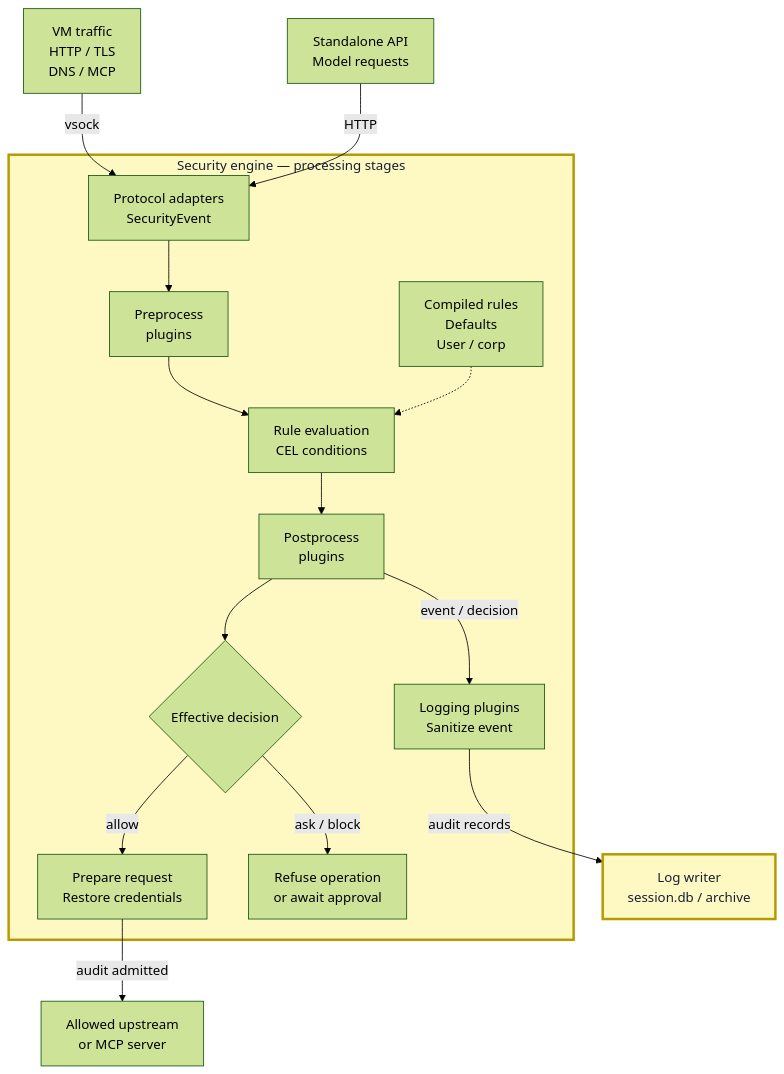
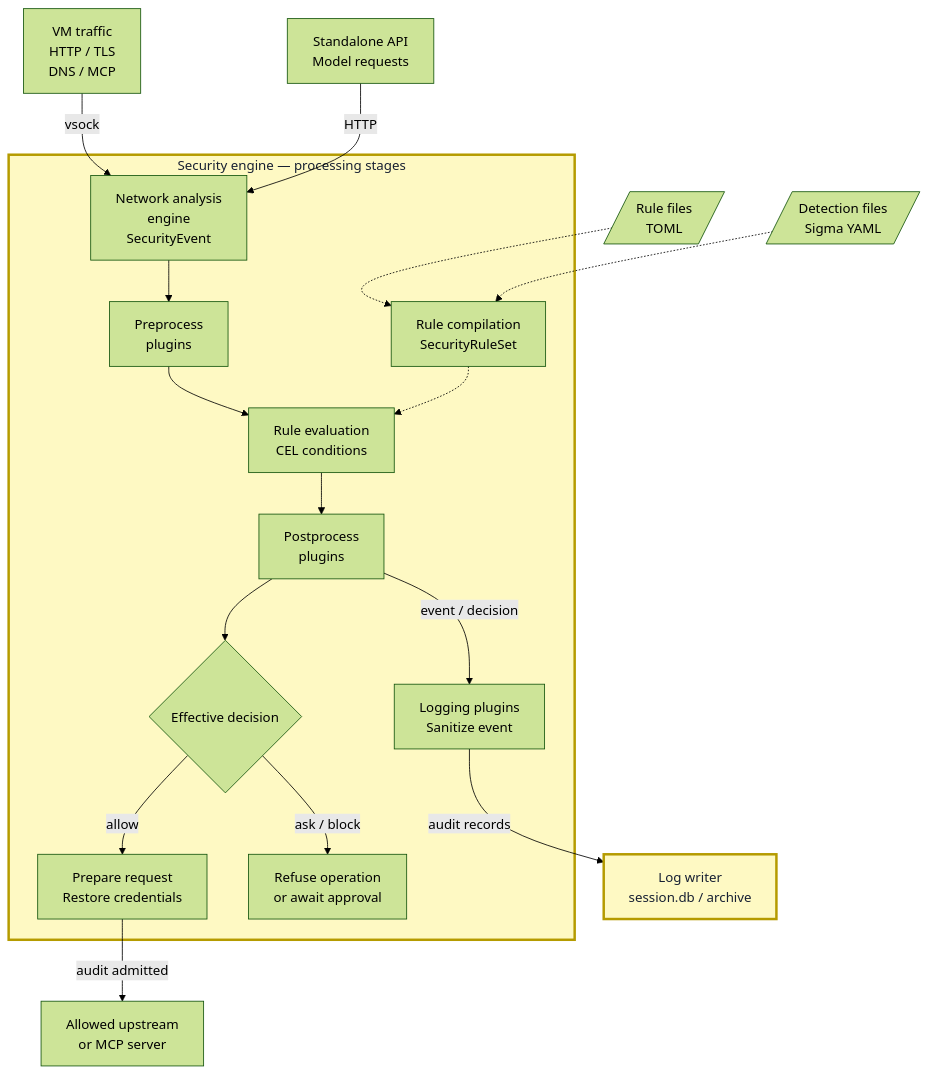
One commit to google/capsem changed the diagram in web/docs/src/content/docs/architecture/security-engine.md. Above: the diagram before and after it, drawn with Mermaid (forest theme). The commit also changed other lines of this file and 2 other files, not shown here.

Commit message:
docs(security): explain engine responsibilities and policy inputs

````diff
--- a/web/docs/src/content/docs/architecture/security-engine.md
+++ b/web/docs/src/content/docs/architecture/security-engine.md
@@ -16,31 +25,35 @@
 ```mermaid
 flowchart TB
   vm["VM traffic<br/>HTTP / TLS<br/>DNS / MCP"]
   api["Standalone API<br/>Model requests"]
+  enforcement[/"Rule files<br/>TOML"/]
+  detection[/"Detection files<br/>Sigma YAML"/]
 
   subgraph engine["Security engine — processing stages"]
-    policy["Compiled rules<br/>Defaults<br/>User / corp"]
-    parse["Protocol adapters<br/>SecurityEvent"]
+    policy["Rule compilation<br/>SecurityRuleSet"]
+    parse["Network analysis<br/>engine<br/>SecurityEvent"]
     pre["Preprocess<br/>plugins"]
     rules["Rule evaluation<br/>CEL conditions"]
     post["Postprocess<br/>plugins"]
     decision{"Effective decision"}
     runtime["Prepare request<br/>Restore credentials"]
     sanitize["Logging plugins<br/>Sanitize event"]
     refuse["Refuse operation<br/>or await approval"]
     parse --> pre --> rules --> post --> decision
     decision -->|allow| runtime
     decision -->|ask / block| refuse
     post -->|event / decision| sanitize
   end
 
   vm -->|vsock| parse
   api -->|HTTP| parse
+  enforcement -.-> policy
+  detection -.-> policy
   policy -.-> rules
   runtime -->|audit admitted| upstream["Allowed upstream<br/>or MCP server"]
   sanitize -->|audit records| writer["Log writer<br/>session.db / archive"]
 
   classDef limited fill:#fef9c3,stroke:#b59b00,stroke-width:3px,color:#172033
   class writer limited
   style engine fill:#fef9c3,stroke:#b59b00,stroke-width:3px,color:#172033
 ```
````
